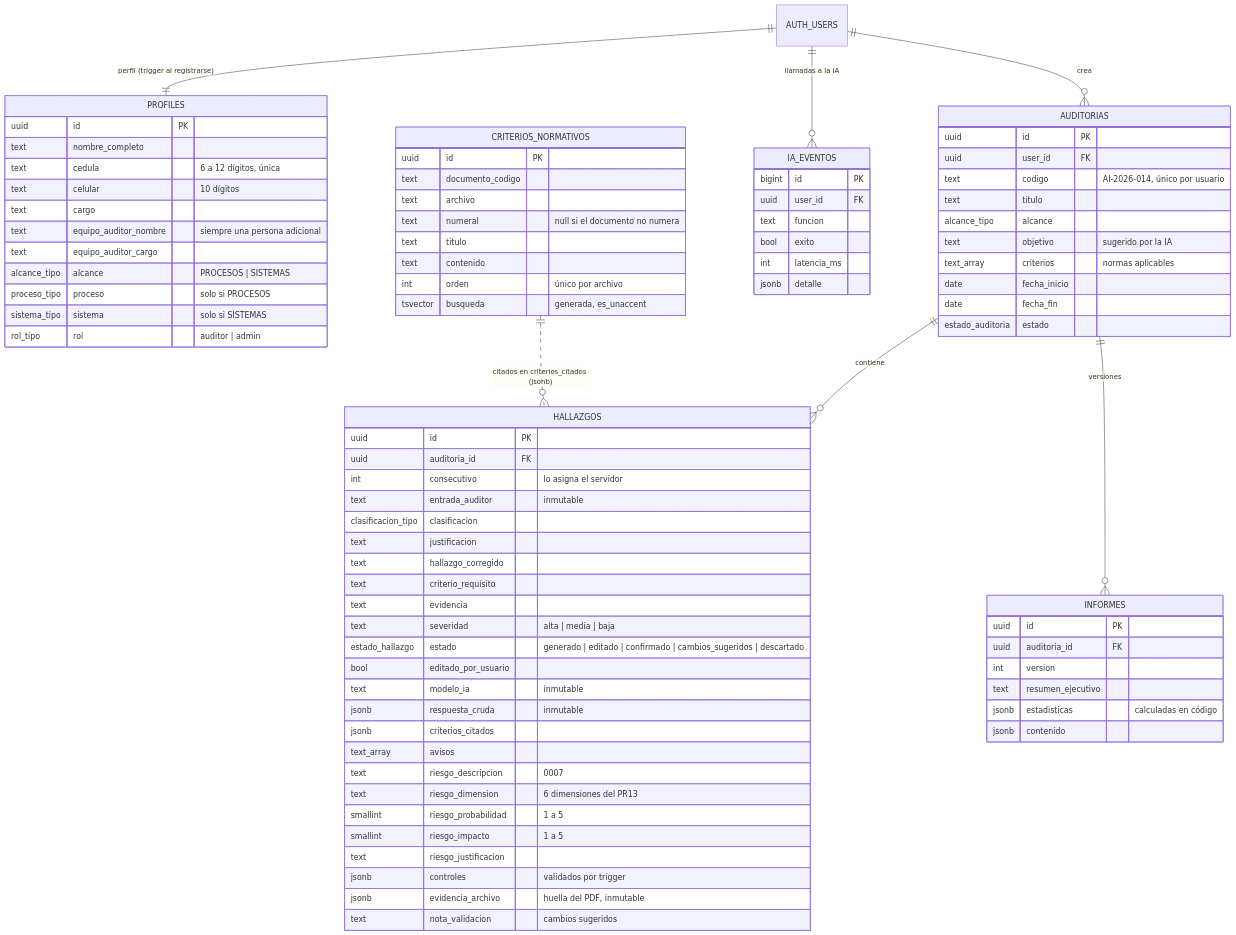
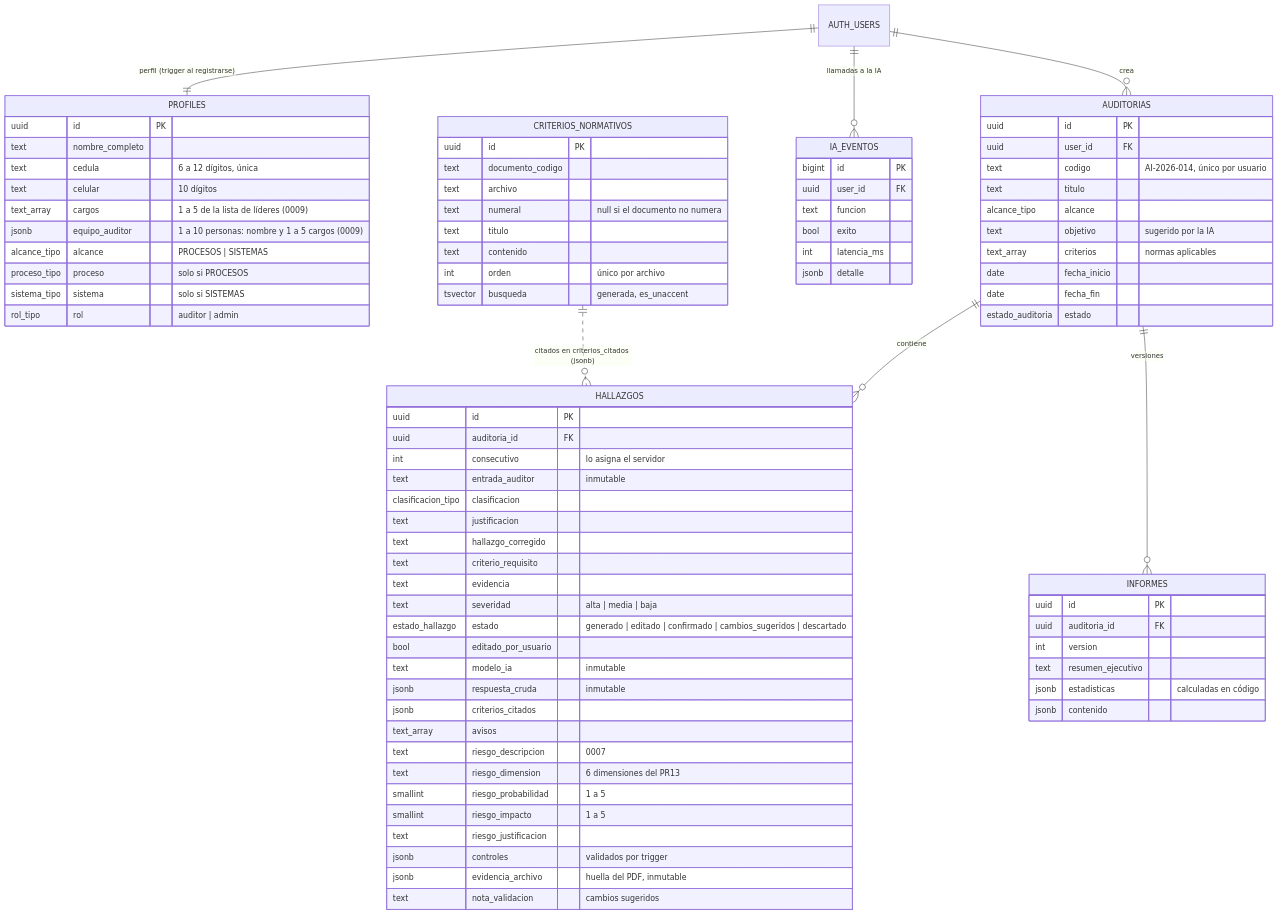
The diagram in docs/BASE_DE_DATOS.md (OscarNarvaez/pg_web_halla), drawn with Mermaid before and after one commit. The commit also changed other lines of this file and 32 other files, not shown here.

First line of the commit message:
feat(perfil): cargos de la lista institucional y equipo auditor de varias personas

```diff
--- a/docs/BASE_DE_DATOS.md
+++ b/docs/BASE_DE_DATOS.md
@@ -29,9 +30,8 @@
     text nombre_completo
     text cedula "6 a 12 dígitos, única"
     text celular "10 dígitos"
-    text cargo
-    text equipo_auditor_nombre "siempre una persona adicional"
-    text equipo_auditor_cargo
+    text_array cargos "1 a 5 de la lista de líderes (0009)"
+    jsonb equipo_auditor "1 a 10 personas: nombre y 1 a 5 cargos (0009)"
     alcance_tipo alcance "PROCESOS | SISTEMAS"
     proceso_tipo proceso "solo si PROCESOS"
     sistema_tipo sistema "solo si SISTEMAS"
```
